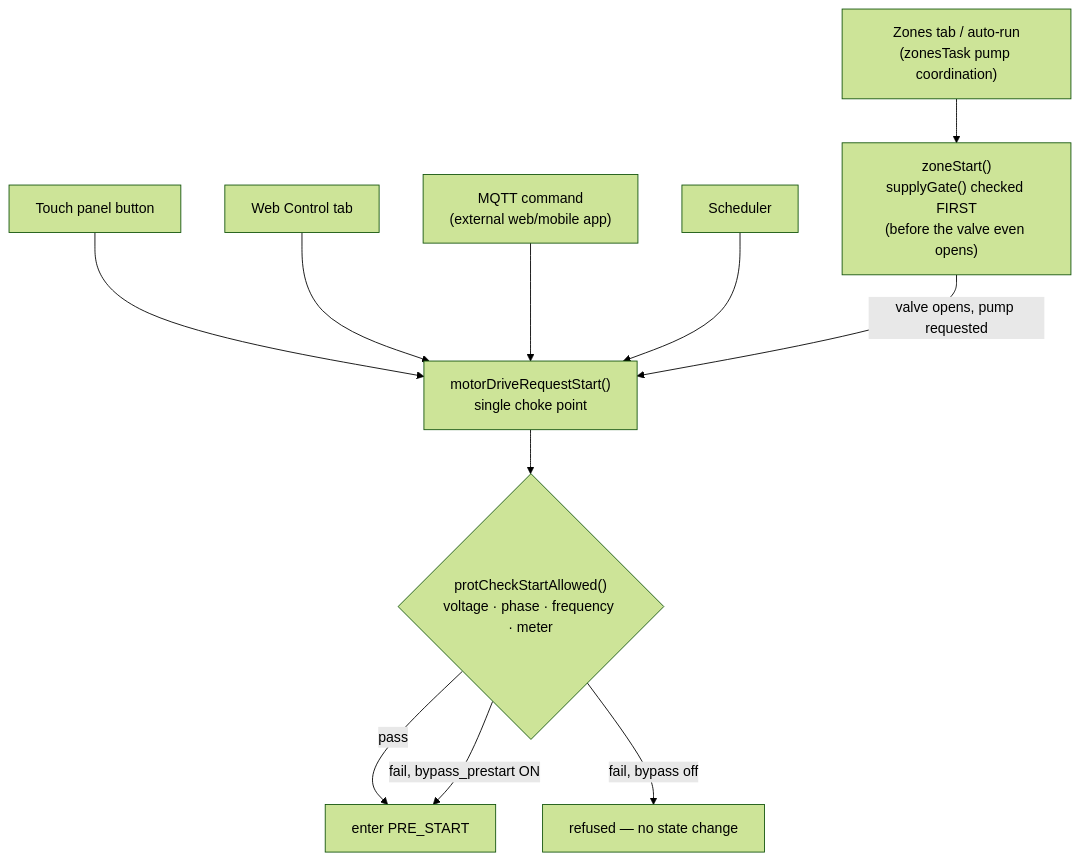
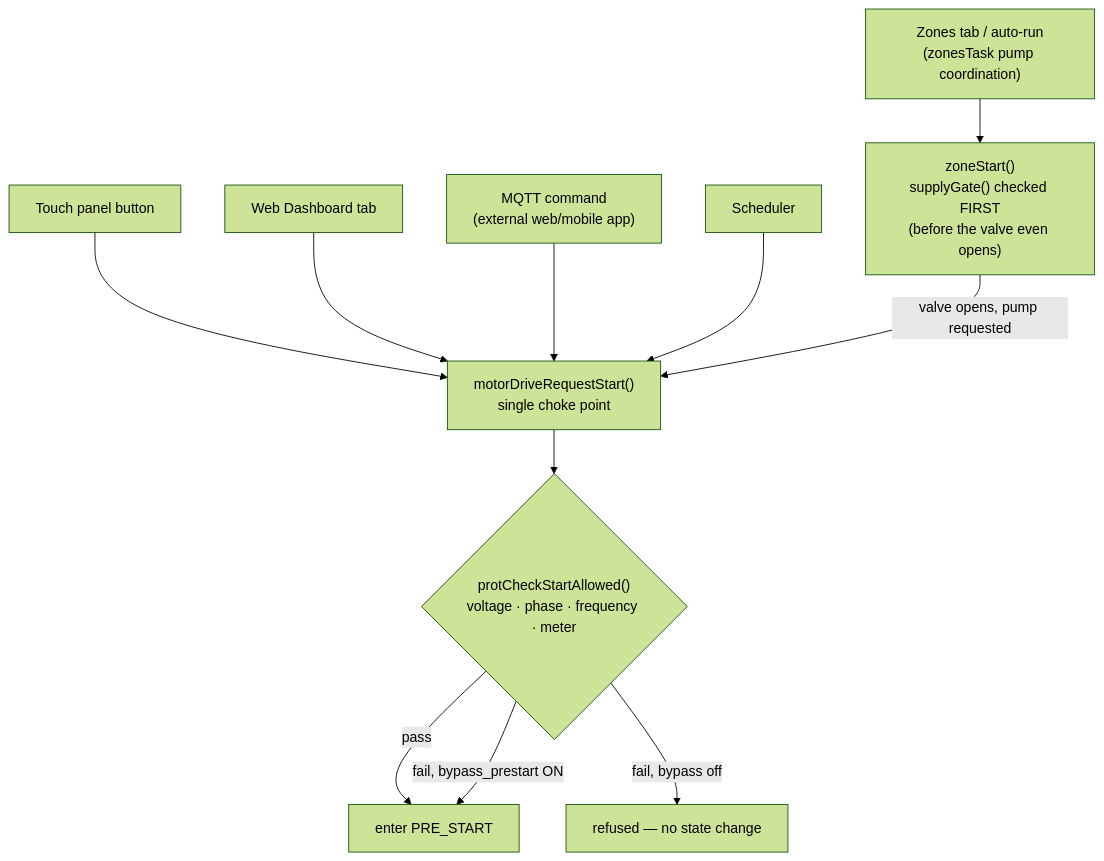
Before and after one commit to nperiannan/AgriPulse: the second of 2 diagrams in pulse-hub/README.md, drawn with Mermaid (forest theme). The commit also changed other lines of this file, not shown here.

Commit message:
docs(pulse-hub): sync README wording with the Control->Dashboard rename

````diff
--- a/pulse-hub/README.md
+++ b/pulse-hub/README.md
@@ -259,13 +259,13 @@
 ```mermaid
 flowchart TB
   A1["Zones tab / auto-run\n(zonesTask pump coordination)"] --> Z["zoneStart()\nsupplyGate() checked FIRST\n(before the valve even opens)"]
   A2["Touch panel button"] --> M
-  A3["Web Control tab"] --> M
+  A3["Web Dashboard tab"] --> M
   A4["MQTT command\n(external web/mobile app)"] --> M
   A5["Scheduler"] --> M
   Z -->|valve opens, pump requested| M["motorDriveRequestStart()\nsingle choke point"]
   M --> G{"protCheckStartAllowed()\nvoltage · phase · frequency · meter"}
   G -->|pass| P["enter PRE_START"]
   G -->|fail, bypass off| R["refused — no state change"]
   G -->|fail, bypass_prestart ON| P
 ```
````
